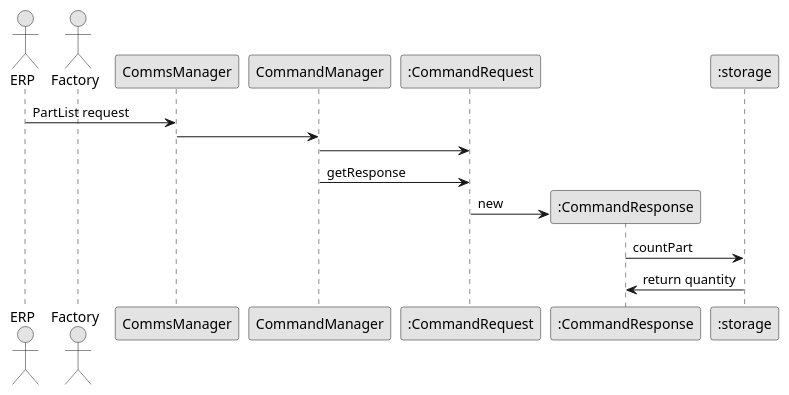
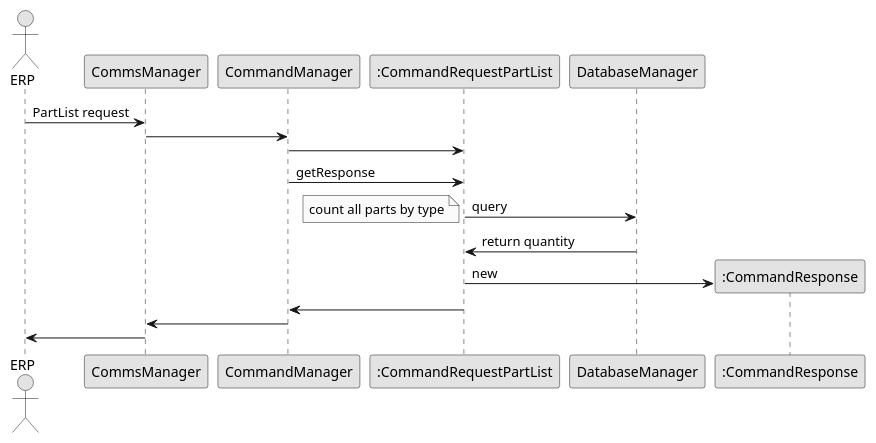
Before and after one commit to avrocha/plant-floor-control: the diagram in docs/sequence_uml/PartList_Request.puml, drawn with PlantUML. The commit also changed 2 other files, not shown here.

Commit message:
UML: #13 diagram changes

```diff
--- a/docs/sequence_uml/PartList_Request.puml
+++ b/docs/sequence_uml/PartList_Request.puml
@@ -1,25 +1,28 @@
 @startuml
 
 skinparam linetype ortho
 skinparam Monochrome true
 skinparam classAttributeIconSize 0
 
 Actor ERP
-Actor Factory
 ERP ->CommsManager: PartList request
 CommsManager->CommandManager: 
 
-CommandManager->":CommandRequest": 
+CommandManager->":CommandRequestPartList": 
 
-CommandManager->":CommandRequest": getResponse
+CommandManager->":CommandRequestPartList": getResponse
+
+":CommandRequestPartList"->DatabaseManager: query
+note left: count all parts by type 
+DatabaseManager->":CommandRequestPartList": return quantity
 
 Create ":CommandResponse"
-":CommandRequest"->":CommandResponse": new 
+":CommandRequestPartList"->":CommandResponse": new 
 
-":CommandResponse"->":storage": countPart
-":storage"->":CommandResponse": return quantity
-
+":CommandRequestPartList"->CommandManager
+CommandManager->CommsManager
+CommsManager->ERP
 
 
 
 @enduml
```
